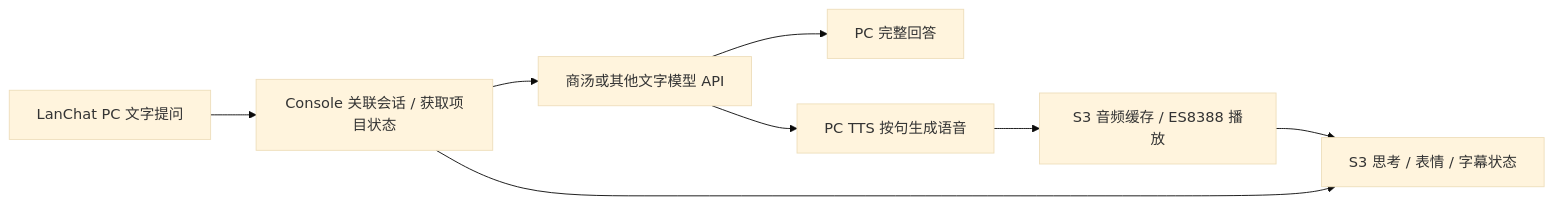
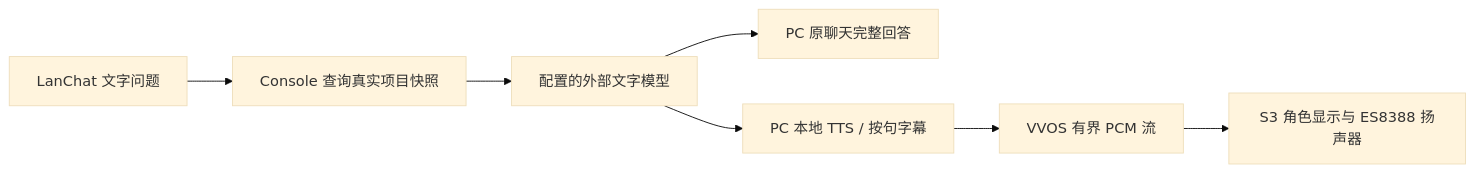
The diagram in docs/whale-immersion-plan.md (Nagi-226/LanChat-Next), drawn with Mermaid (base theme) before and after one commit. The commit also changed other lines of this file and 11 other files, not shown here.

````diff
--- a/docs/whale-immersion-plan.md
+++ b/docs/whale-immersion-plan.md
@@ -43,10 +19,9 @@
 ```mermaid
 flowchart LR
-    A[LanChat PC 文字提问] --> B[Console 关联会话 / 获取项目状态]
-    B --> C[商汤或其他文字模型 API]
-    C --> D[PC 完整回答]
-    C --> E[PC TTS 按句生成语音]
-    E --> F[S3 音频缓存 / ES8388 播放]
-    B --> G[S3 思考 / 表情 / 字幕状态]
-    F --> G
+    A[LanChat 文字问题] --> B[Console 查询真实项目快照]
+    B --> C[配置的外部文字模型]
+    C --> D[PC 原聊天完整回答]
+    C --> E[PC 本地 TTS / 按句字幕]
+    E --> F[VVOS 有界 PCM 流]
+    F --> G[S3 角色显示与 ES8388 扬声器]
 ```
````
